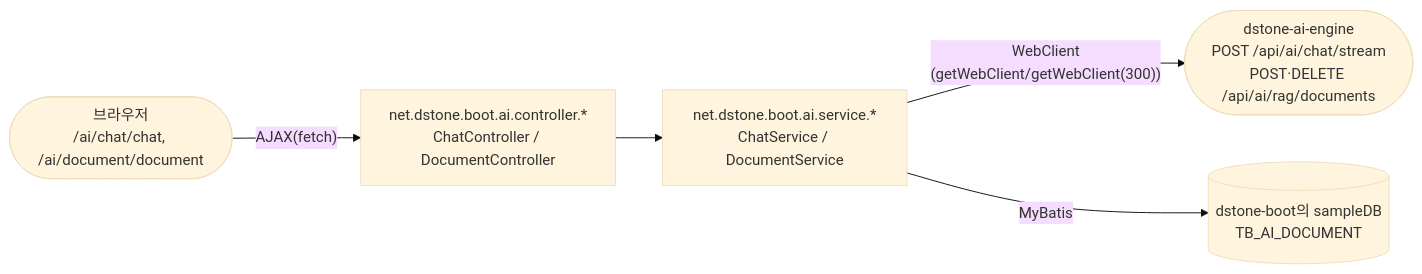
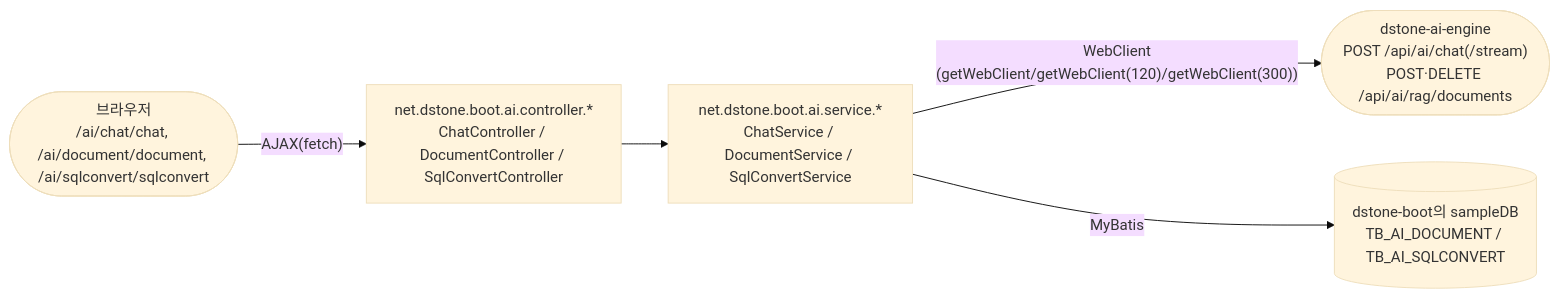
The first of 4 diagrams in docs/06.dstone-boot.md (YongSoekChoeng/dstone), drawn with Mermaid (base theme) before and after one commit. The commit also changed other lines of this file and 19 other files, not shown here.

````diff
--- a/docs/06.dstone-boot.md
+++ b/docs/06.dstone-boot.md
@@ -319,7 +320,7 @@
 ```mermaid
 flowchart LR
-    Browser(["브라우저<br/>/ai/chat/chat, /ai/document/document"]) -->|"AJAX(fetch)"| Ctrl["net.dstone.boot.ai.controller.*<br/>ChatController / DocumentController"]
-    Ctrl --> Svc["net.dstone.boot.ai.service.*<br/>ChatService / DocumentService"]
-    Svc -->|"WebClient<br/>(getWebClient/getWebClient(300))"| Engine(["dstone-ai-engine<br/>POST /api/ai/chat/stream<br/>POST·DELETE /api/ai/rag/documents"])
-    Svc -->|"MyBatis"| DB[("dstone-boot의 sampleDB<br/>TB_AI_DOCUMENT")]
+    Browser(["브라우저<br/>/ai/chat/chat, /ai/document/document, /ai/sqlconvert/sqlconvert"]) -->|"AJAX(fetch)"| Ctrl["net.dstone.boot.ai.controller.*<br/>ChatController / DocumentController / SqlConvertController"]
+    Ctrl --> Svc["net.dstone.boot.ai.service.*<br/>ChatService / DocumentService / SqlConvertService"]
+    Svc -->|"WebClient<br/>(getWebClient/getWebClient(120)/getWebClient(300))"| Engine(["dstone-ai-engine<br/>POST /api/ai/chat(/stream)<br/>POST·DELETE /api/ai/rag/documents"])
+    Svc -->|"MyBatis"| DB[("dstone-boot의 sampleDB<br/>TB_AI_DOCUMENT / TB_AI_SQLCONVERT")]
 ```
````
